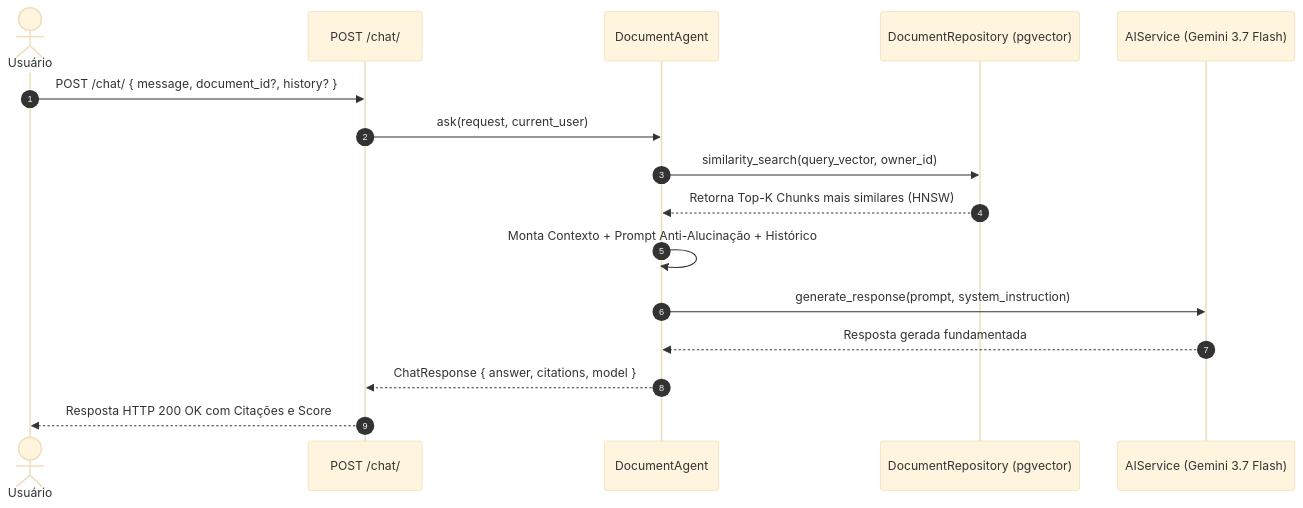
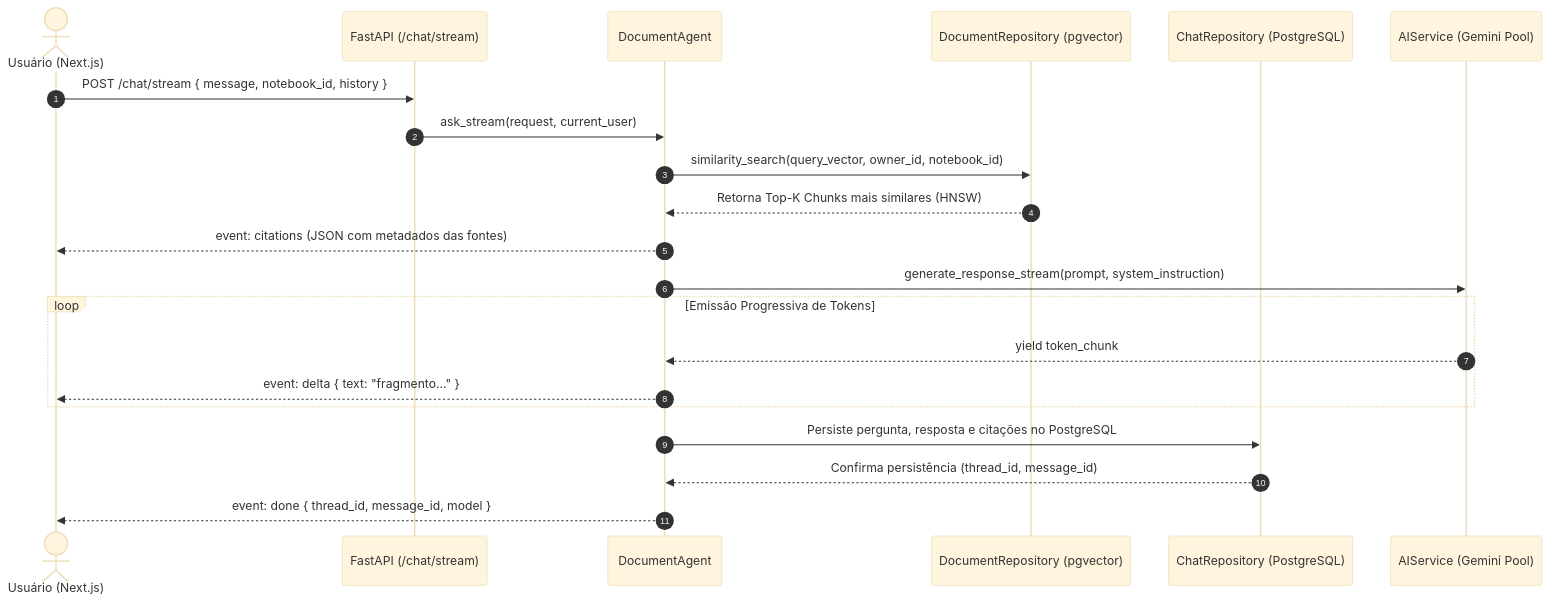
Before and after one commit to WMatias-Dev/document-ai-platform: the second of 2 diagrams in readme.md, drawn with Mermaid (base theme). The commit also changed other lines of this file, not shown here.

First line of the commit message:
docs: atualizar README com stack frontend Next.js 16, streaming SSE e RAG evaluation v1.2

````diff
--- a/readme.md
+++ b/readme.md
@@ -108,19 +105,26 @@
 ```mermaid
 sequenceDiagram
     autonumber
-    actor Cliente as Usuário
-    participant API as POST /chat/
+    actor User as Usuário (Next.js)
+    participant API as FastAPI (/chat/stream)
     participant Agent as DocumentAgent
     participant Repo as DocumentRepository (pgvector)
-    participant Gemini as AIService (Gemini 3.7 Flash)
+    participant ChatRepo as ChatRepository (PostgreSQL)
+    participant Gemini as AIService (Gemini Pool)
 
-    Cliente->>API: POST /chat/ { message, document_id?, history? }
-    API->>Agent: ask(request, current_user)
-    Agent->>Repo: similarity_search(query_vector, owner_id)
+    User->>API: POST /chat/stream { message, notebook_id, history }
+    API->>Agent: ask_stream(request, current_user)
+    Agent->>Repo: similarity_search(query_vector, owner_id, notebook_id)
     Repo-->>Agent: Retorna Top-K Chunks mais similares (HNSW)
-    Agent->>Agent: Monta Contexto + Prompt Anti-Alucinação + Histórico
-    Agent->>Gemini: generate_response(prompt, system_instruction)
-    Gemini-->>Agent: Resposta gerada fundamentada
-    Agent-->>API: ChatResponse { answer, citations, model }
-    API-->>Cliente: Resposta HTTP 200 OK com Citações e Score
+    Agent-->>User: event: citations (JSON com metadados das fontes)
+    
+    Agent->>Gemini: generate_response_stream(prompt, system_instruction)
+    loop Emissão Progressiva de Tokens
+        Gemini-->>Agent: yield token_chunk
+        Agent-->>User: event: delta { text: "fragmento..." }
+    end
+    
+    Agent->>ChatRepo: Persiste pergunta, resposta e citações no PostgreSQL
+    ChatRepo-->>Agent: Confirma persistência (thread_id, message_id)
+    Agent-->>User: event: done { thread_id, message_id, model }
 ```
````
